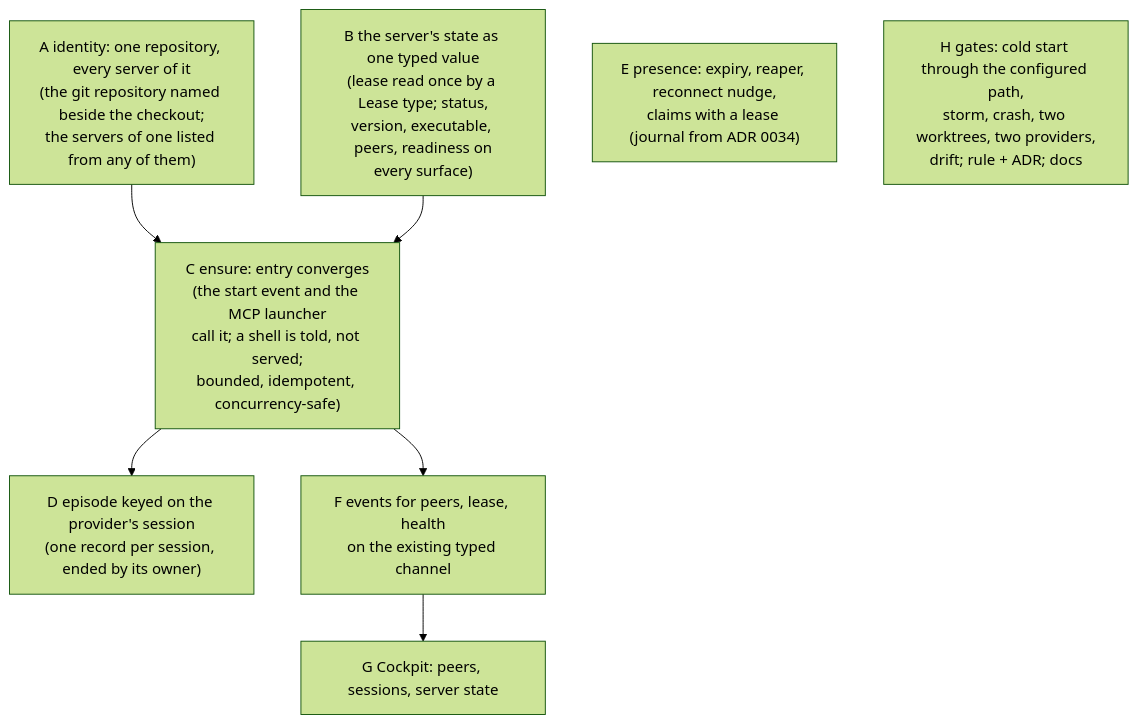
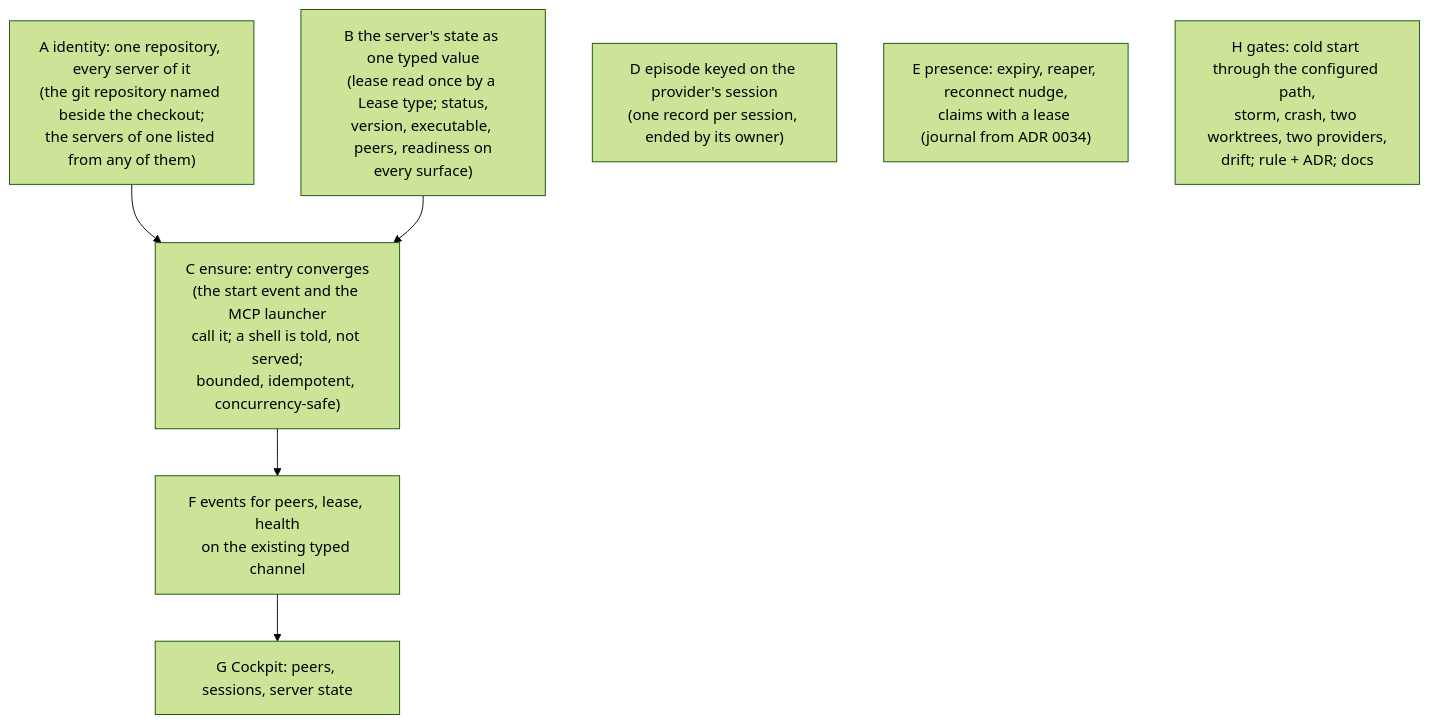
Before and after one commit to korczis/prismatic-majordomus: the second of 2 diagrams in docs/ENTRY_AUDIT.md, drawn with Mermaid (forest theme). The commit also changed other lines of this file and 2 other files, not shown here.

````diff
--- a/docs/ENTRY_AUDIT.md
+++ b/docs/ENTRY_AUDIT.md
@@ -261,16 +261,15 @@
 ```mermaid
 flowchart TD
   a["A identity: one repository, every server of it<br>(the git repository named beside the checkout;<br>the servers of one listed from any of them)"]
   b["B the server's state as one typed value<br>(lease read once by a Lease type; status,<br>version, executable, peers, readiness on<br>every surface)"]
   c["C ensure: entry converges<br>(the start event and the MCP launcher<br>call it; a shell is told, not served;<br>bounded, idempotent, concurrency-safe)"]
   d["D episode keyed on the provider's session<br>(one record per session, ended by its owner)"]
   e["E presence: expiry, reaper, reconnect nudge,<br>claims with a lease (journal from ADR 0034)"]
   f["F events for peers, lease, health<br>on the existing typed channel"]
   g["G Cockpit: peers, sessions, server state"]
   h["H gates: cold start through the configured path,<br>storm, crash, two worktrees, two providers,<br>drift; rule + ADR; docs"]
   a --> c
   b --> c
-  c --> d
   c --> f
   f --> g
 ```
````
